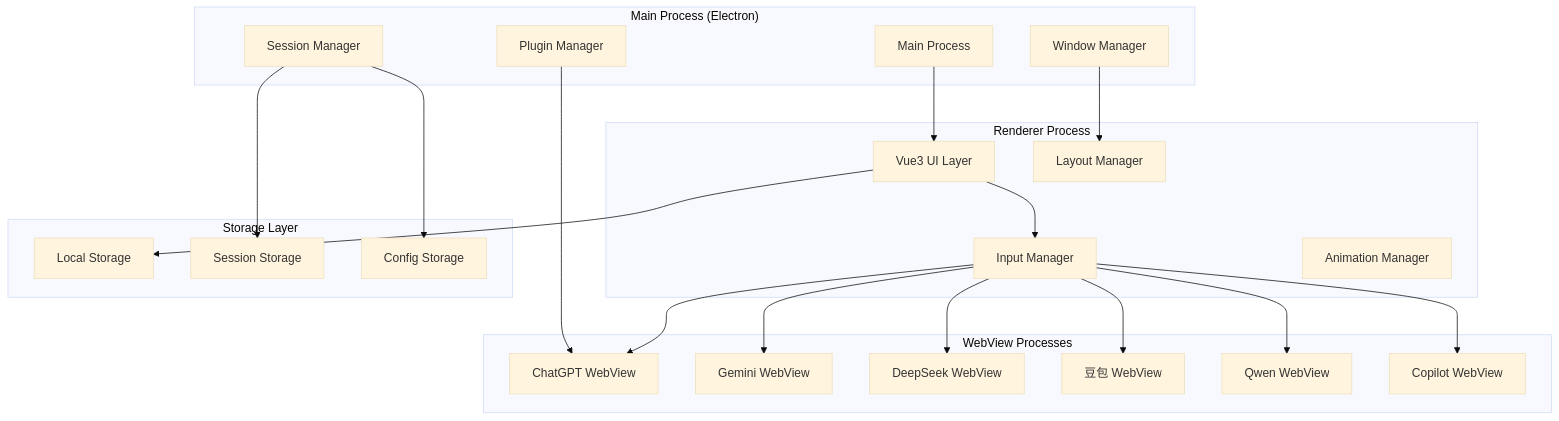
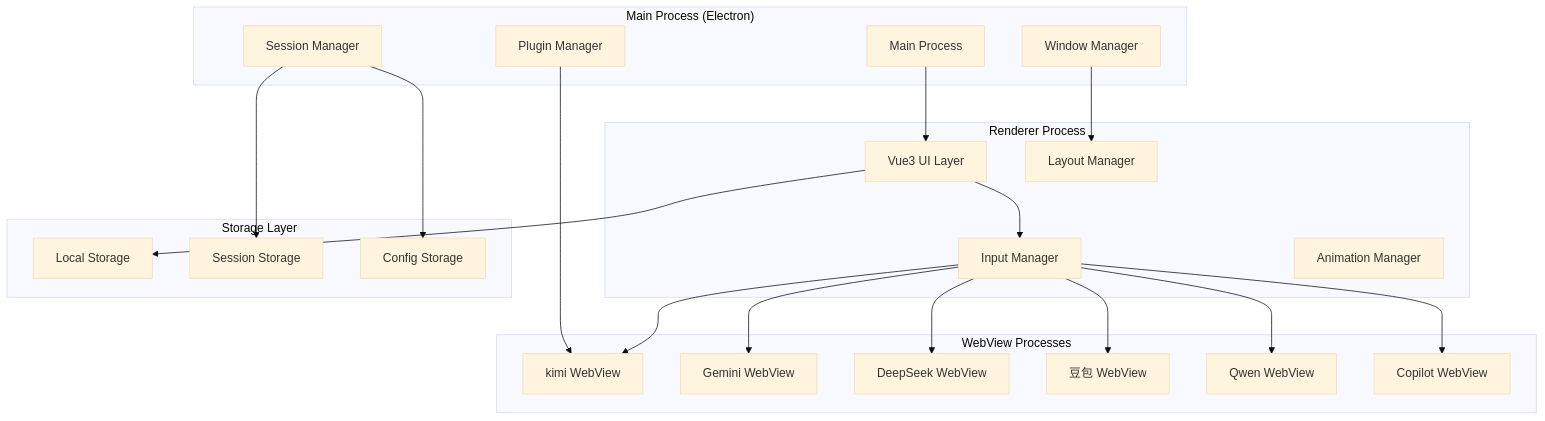
Before and after one commit to hqzqaq/chatAllAI2: the diagram in .kiro/specs/chat-all-ai/design.md, drawn with Mermaid (base theme). The commit also changed other lines of this file and 15 other files, not shown here.

````diff
--- a/.kiro/specs/chat-all-ai/design.md
+++ b/.kiro/specs/chat-all-ai/design.md
@@ -17,47 +17,47 @@
 ```mermaid
 graph TB
     subgraph "Main Process (Electron)"
         MP[Main Process]
         SM[Session Manager]
         WM[Window Manager]
         PM[Plugin Manager]
     end
     
     subgraph "Renderer Process"
         UI[Vue3 UI Layer]
         IM[Input Manager]
         LM[Layout Manager]
         AM[Animation Manager]
     end
     
     subgraph "WebView Processes"
-        WV1[ChatGPT WebView]
+        WV1[kimi WebView]
         WV2[Gemini WebView]
         WV3[DeepSeek WebView]
         WV4[豆包 WebView]
         WV5[Qwen WebView]
         WV6[Copilot WebView]
     end
     
     subgraph "Storage Layer"
         LS[Local Storage]
         SS[Session Storage]
         CS[Config Storage]
     end
     
     MP --> UI
     UI --> IM
     IM --> WV1
     IM --> WV2
     IM --> WV3
     IM --> WV4
     IM --> WV5
     IM --> WV6
     
     SM --> SS
     WM --> LM
     PM --> WV1
     
     UI --> LS
     SM --> CS
 ```
````
